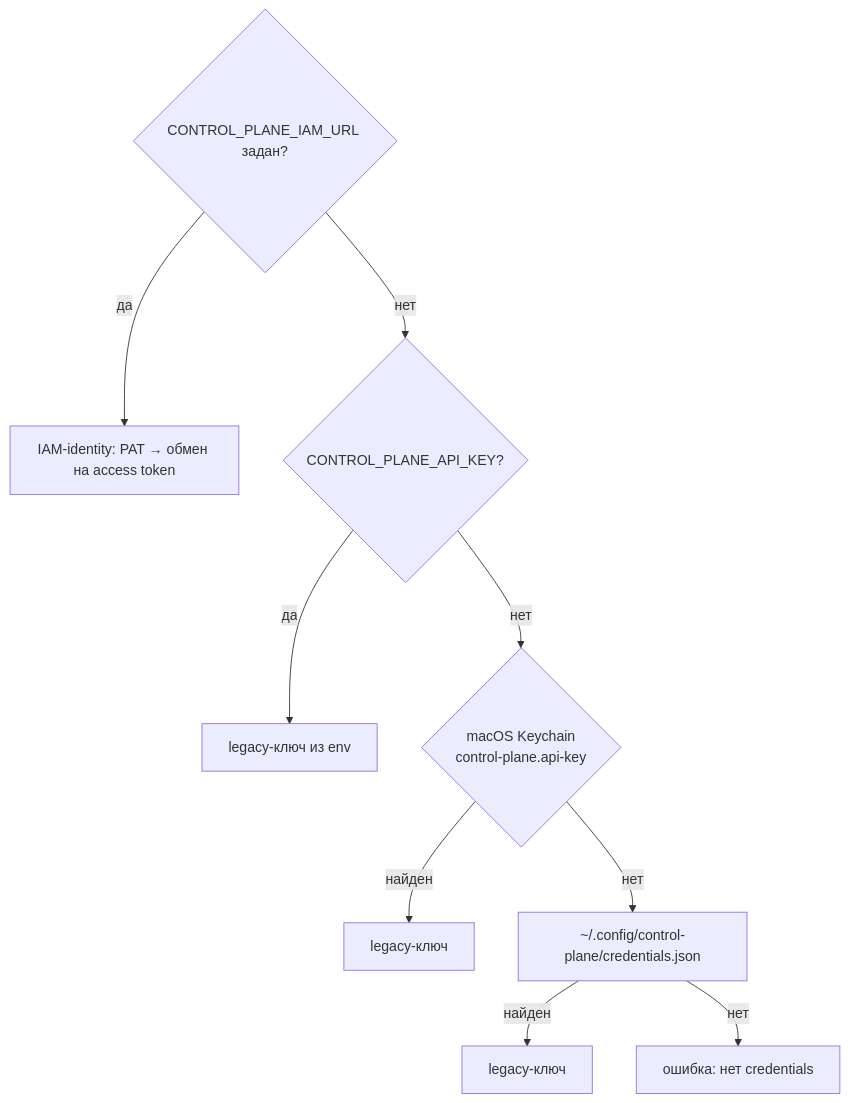
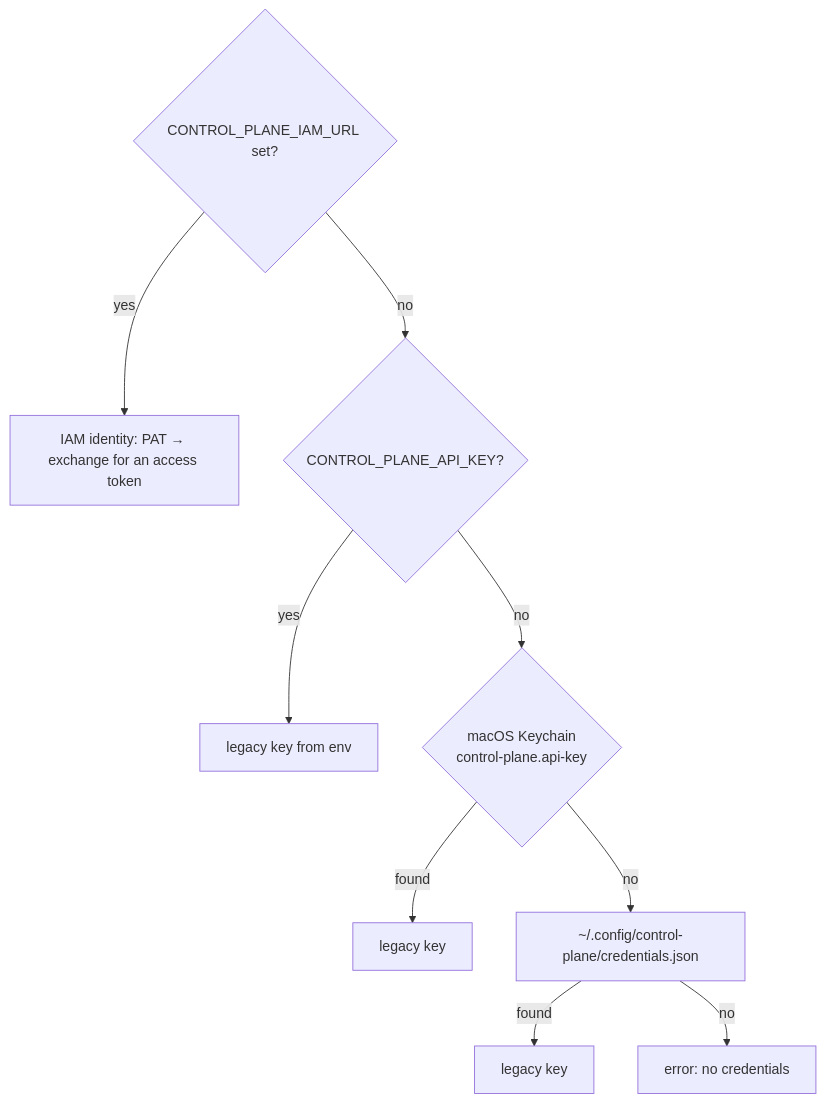
One commit to monthu56/taimen changed the diagram in guide/docs/control-plane/cli-and-mcp.md. Above: the diagram before and after it, drawn with Mermaid. The commit also changed other lines of this file and 183 other files, not shown here.

````diff
--- a/guide/docs/control-plane/cli-and-mcp.md
+++ b/guide/docs/control-plane/cli-and-mcp.md
@@ -83,11 +85,11 @@
 ```mermaid
 flowchart TD
-    A{CONTROL_PLANE_IAM_URL задан?} -- да --> B[IAM-identity: PAT → обмен на access token]
-    A -- нет --> C{CONTROL_PLANE_API_KEY?}
-    C -- да --> K[legacy-ключ из env]
-    C -- нет --> D{macOS Keychain<br/>control-plane.api-key}
-    D -- найден --> K2[legacy-ключ]
-    D -- нет --> E["~/.config/control-plane/credentials.json"]
-    E -- найден --> K3[legacy-ключ]
-    E -- нет --> F[ошибка: нет credentials]
+    A{CONTROL_PLANE_IAM_URL set?} -- yes --> B[IAM identity: PAT → exchange for an access token]
+    A -- no --> C{CONTROL_PLANE_API_KEY?}
+    C -- yes --> K[legacy key from env]
+    C -- no --> D{macOS Keychain<br/>control-plane.api-key}
+    D -- found --> K2[legacy key]
+    D -- no --> E["~/.config/control-plane/credentials.json"]
+    E -- found --> K3[legacy key]
+    E -- no --> F[error: no credentials]
 ```
````
